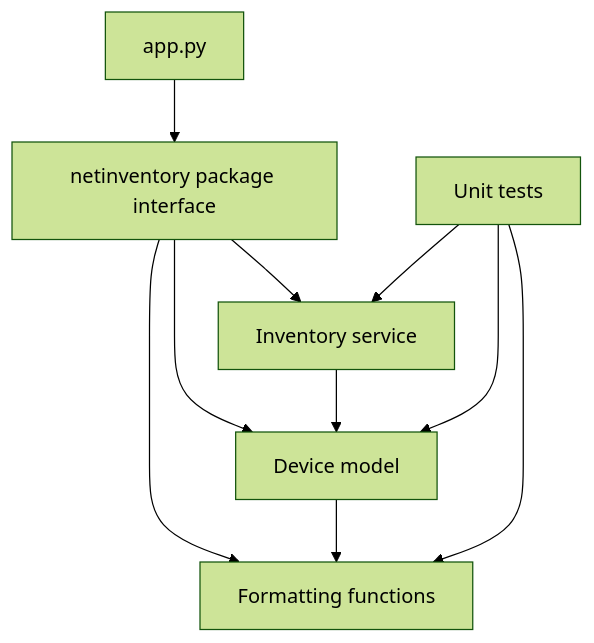
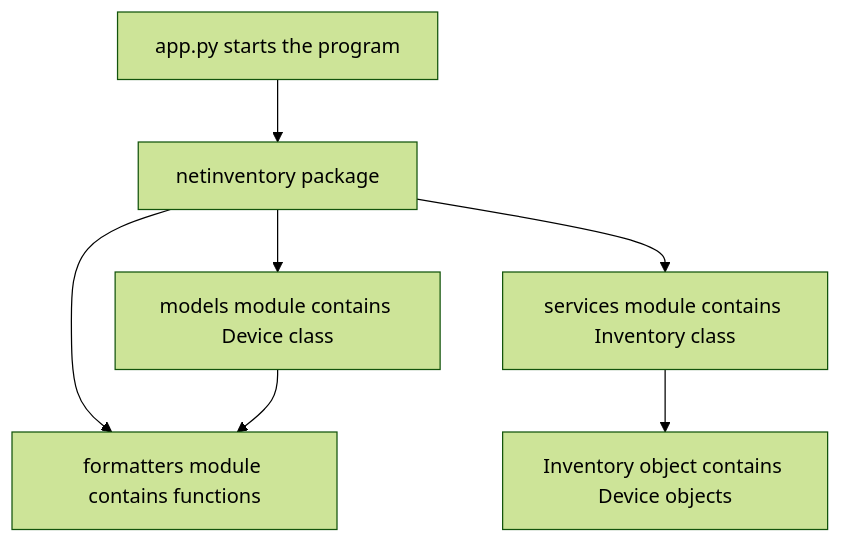
The diagram in Lab 03 - Python Functions Classes and Modules/Lab3.md (tanthanh85/CCNAAUTO-LAB), drawn with Mermaid (forest theme) before and after one commit. The commit also changed other lines of this file and 13 other files, not shown here.

````diff
--- a/Lab 03 - Python Functions Classes and Modules/Lab3.md
+++ b/Lab 03 - Python Functions Classes and Modules/Lab3.md
@@ -19,12 +27,9 @@
 ```mermaid
 flowchart TD
-    A["app.py"] --> B["netinventory package interface"]
-    B --> C["Device model"]
-    B --> D["Inventory service"]
-    B --> E["Formatting functions"]
+    A["app.py starts the program"] --> B["netinventory package"]
+    B --> C["formatters module contains functions"]
+    B --> D["models module contains Device class"]
+    B --> E["services module contains Inventory class"]
+    E --> F["Inventory object contains Device objects"]
     D --> C
-    C --> E
-    F["Unit tests"] --> C
-    F --> D
-    F --> E
 ```
````
